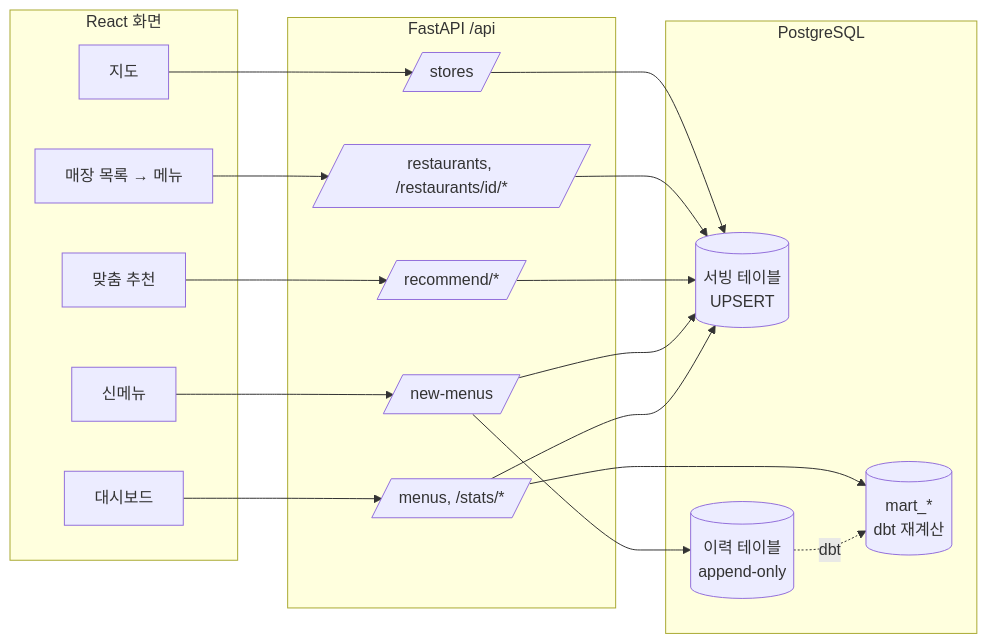
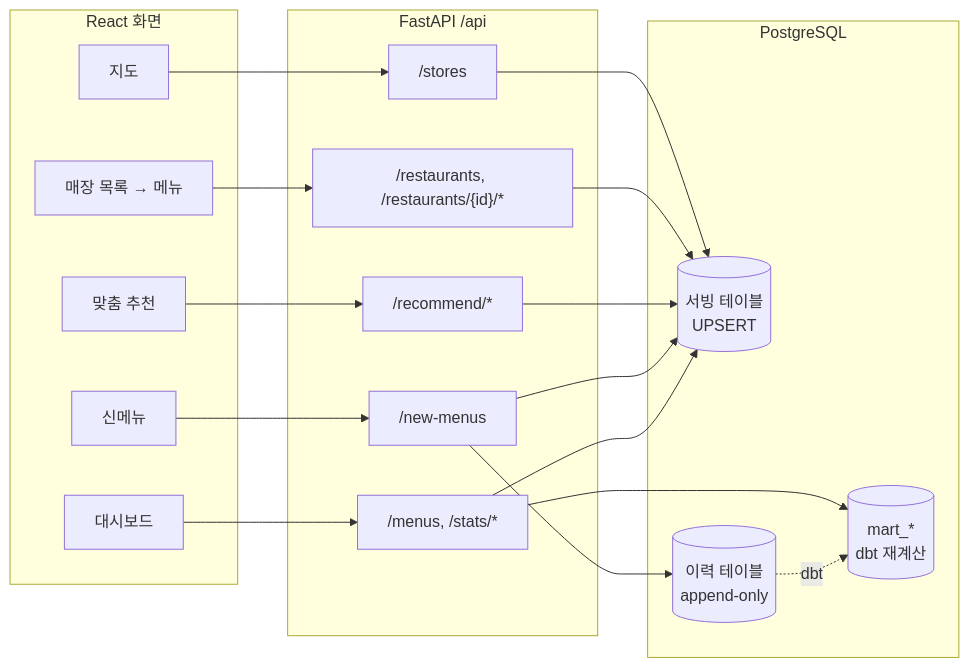
Before and after one commit to pbzz1/dining-maps: the second of 2 diagrams in README.md, drawn with Mermaid. The commit also changed other lines of this file, not shown here.

Commit message:
README: mermaid 문법 수정 (ERD 속성 줄바꿈, 흐름도 라벨 인용)

````diff
--- a/README.md
+++ b/README.md
@@ -220,18 +290,18 @@
 ```mermaid
 flowchart LR
   subgraph FE[React 화면]
     MAP[지도]; LIST[매장 목록 → 메뉴]; RECO[맞춤 추천]; NEW[신메뉴]; DASH[대시보드]
   end
   subgraph API[FastAPI /api]
-    E1[/stores/]; E2[/restaurants, /restaurants/id/*/]; E3[/recommend/*/]; E4[/new-menus/]; E5[/menus, /stats/*/]
+    E1["/stores"]; E2["/restaurants, /restaurants/{id}/*"]; E3["/recommend/*"]; E4["/new-menus"]; E5["/menus, /stats/*"]
   end
   subgraph DB[PostgreSQL]
     SVC[(서빙 테이블<br/>UPSERT)]; HIST[(이력 테이블<br/>append-only)]; MART[(mart_*<br/>dbt 재계산)]
   end
   MAP --> E1 --> SVC
   LIST --> E2 --> SVC
   RECO --> E3 --> SVC
   NEW --> E4 --> HIST & SVC
   DASH --> E5 --> SVC & MART
   HIST -. dbt .-> MART
 ```
````
